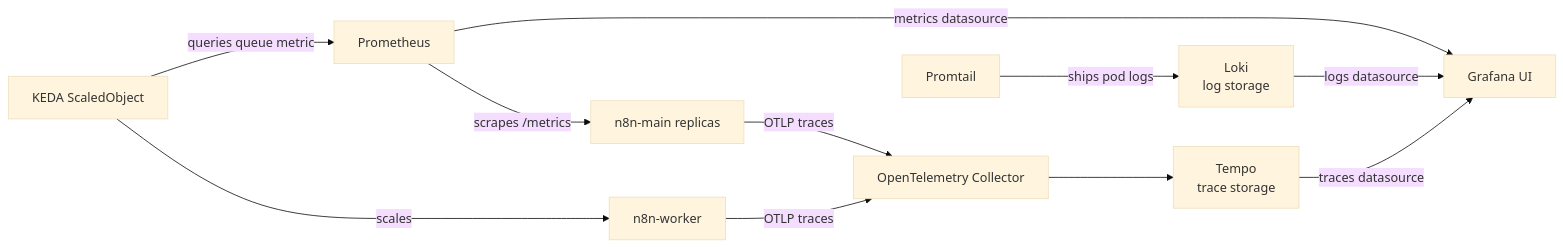
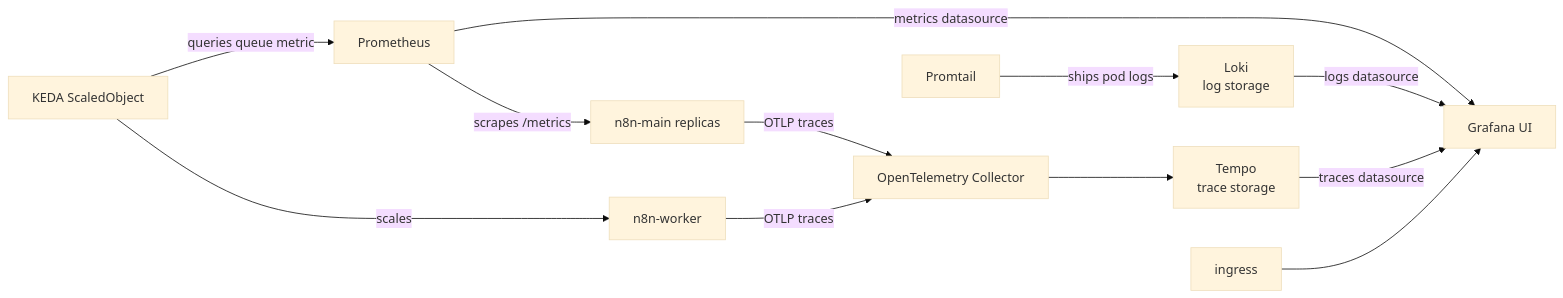
Before and after one commit to joelemieux66/n8n-local-k8s: the second of 2 diagrams in README.md, drawn with Mermaid (base theme). The commit also changed other lines of this file and 15 other files, not shown here.

First line of the commit message:
Switch chart to local-only ingress and remove Cloudflare.

````diff
--- a/README.md
+++ b/README.md
@@ -41,16 +41,17 @@
 ```mermaid
 flowchart LR
   main["n8n-main replicas"] -->|"OTLP traces"| otel["OpenTelemetry Collector"]
   worker["n8n-worker"] -->|"OTLP traces"| otel
   otel --> tempo["Tempo\ntrace storage"]
 
   prom["Prometheus"] -->|"scrapes /metrics"| main
   keda["KEDA ScaledObject"] -->|"queries queue metric"| prom
   keda -->|"scales"| worker
 
   promtail["Promtail"] -->|"ships pod logs"| loki["Loki\nlog storage"]
 
   prom -->|"metrics datasource"| grafana["Grafana UI"]
   loki -->|"logs datasource"| grafana
   tempo -->|"traces datasource"| grafana
+  ingress --> grafana
 ```
````
